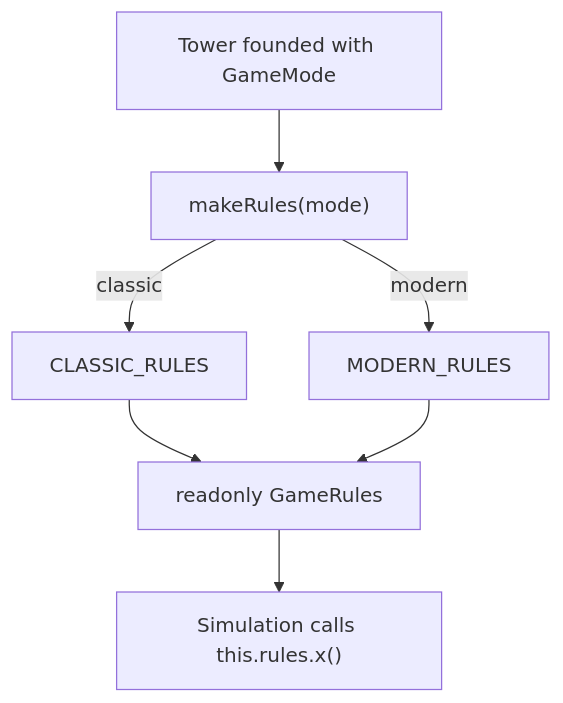
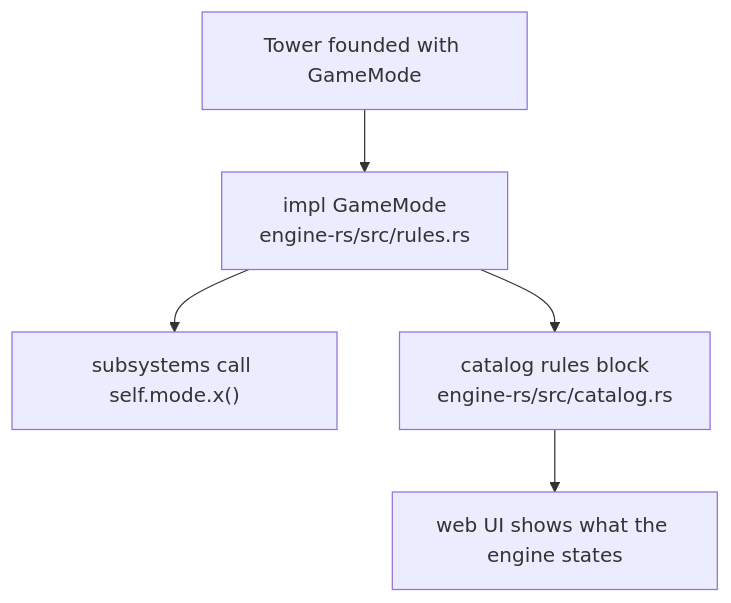
Before and after one commit to maniator/verticopolis: the fourth of 7 diagrams in ARCHITECTURE.md, drawn with Mermaid. The commit also changed other lines of this file and 3 other files, not shown here.

````diff
--- a/ARCHITECTURE.md
+++ b/ARCHITECTURE.md
@@ -166,9 +215,7 @@
 ```mermaid
 flowchart TD
-    Found["Tower founded with GameMode"] --> Make["makeRules(mode)"]
-    Make -->|classic| CR["CLASSIC_RULES"]
-    Make -->|modern| MR["MODERN_RULES"]
-    CR --> Rules["readonly GameRules"]
-    MR --> Rules
-    Rules --> Sim["Simulation calls this.rules.x()"]
+    Found["Tower founded with GameMode"] --> Rules["impl GameMode<br/>engine-rs/src/rules.rs"]
+    Rules --> Sim["subsystems call self.mode.x()"]
+    Rules --> Catalog["catalog rules block<br/>engine-rs/src/catalog.rs"]
+    Catalog --> UI["web UI shows what the engine states"]
 ```
````
